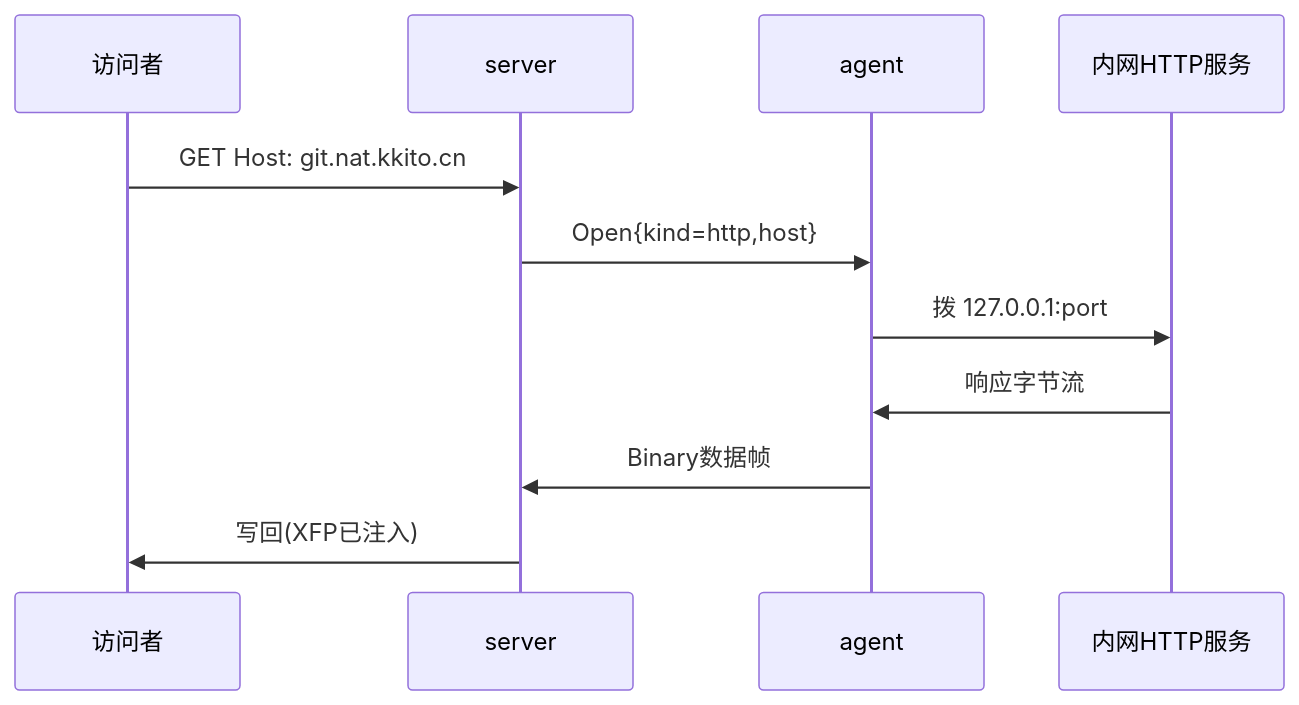
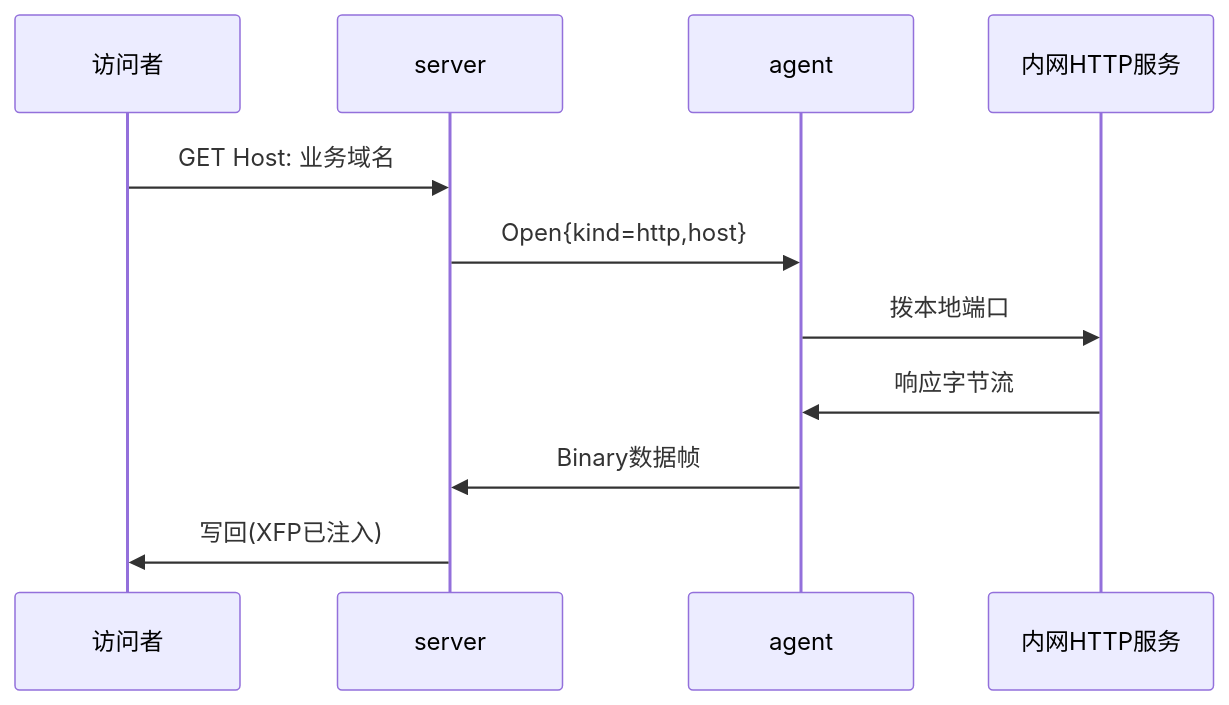
One commit to kkito/neutrino changed the third of 5 diagrams in docs/architecture.md. Above: the diagram before and after it, drawn with Mermaid. The commit also changed other lines of this file, not shown here.

Commit message:
docs: 修复mermaid双向箭头语法, 去部署相关具体信息保持通用

````diff
--- a/docs/architecture.md
+++ b/docs/architecture.md
@@ -52,13 +52,13 @@
 ```mermaid
 sequenceDiagram
     participant C as 访问者
     participant SR as server
     participant AG as agent
     participant L as 内网HTTP服务
-    C->>SR: GET Host: git.nat.kkito.cn
+    C->>SR: GET Host: 业务域名
     SR->>AG: Open{kind=http,host}
-    AG->>L: 拨 127.0.0.1:port
+    AG->>L: 拨本地端口
     L->>AG: 响应字节流
     AG->>SR: Binary数据帧
     SR->>C: 写回(XFP已注入)
 ```
````
